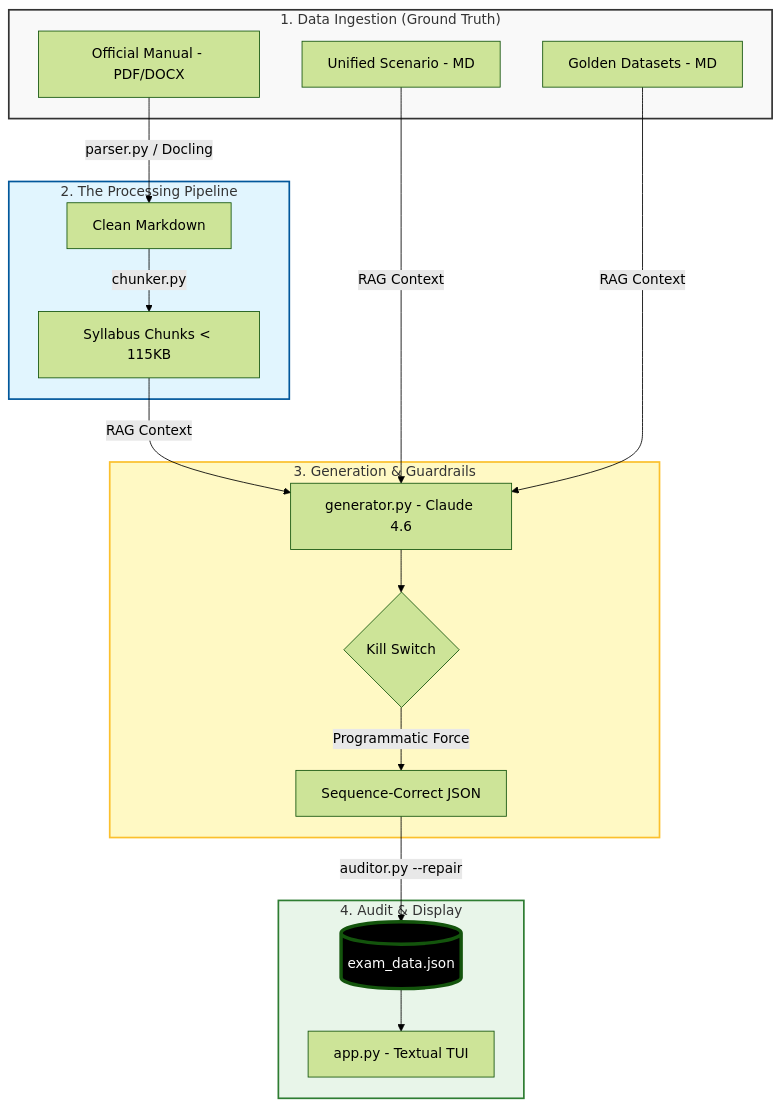
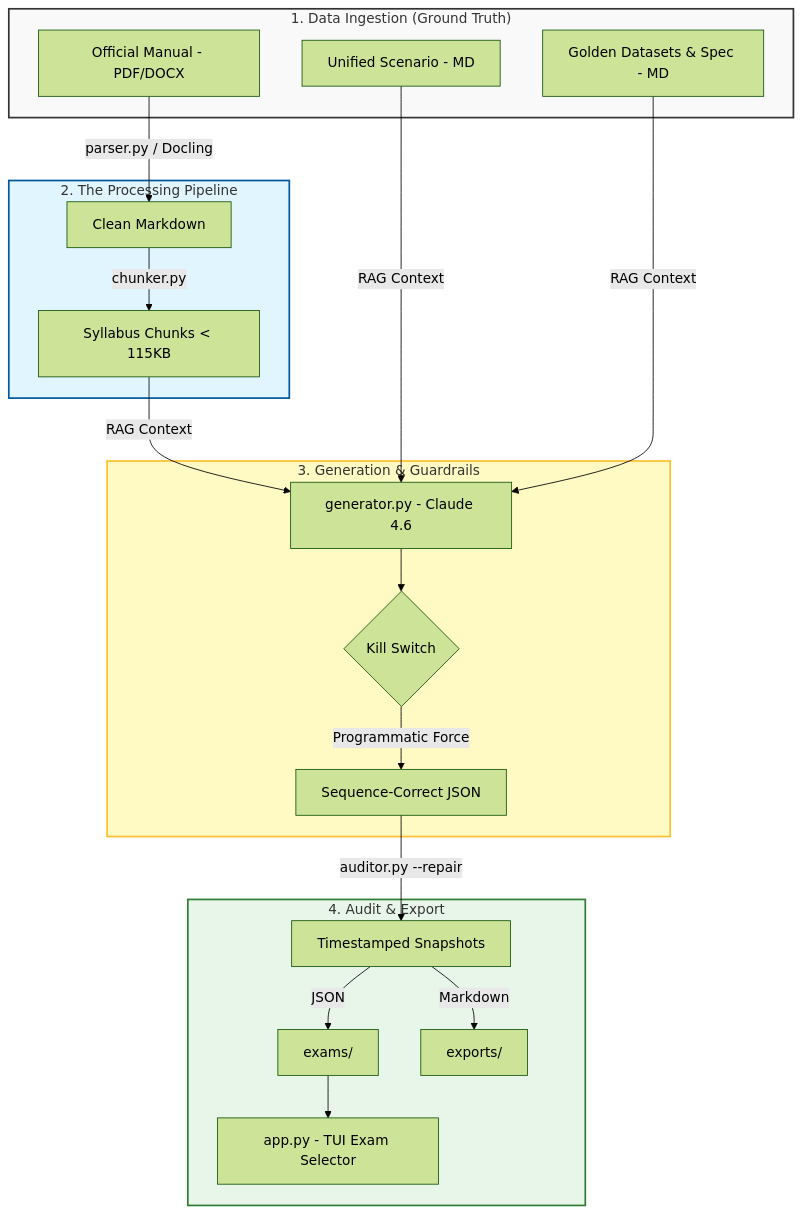
Before and after one commit to manokel01/prince2-generator: the diagram in README.md, drawn with Mermaid (forest theme). The commit also changed other lines of this file, not shown here.

````diff
--- a/README.md
+++ b/README.md
@@ -45,35 +37,36 @@
 ```mermaid
 graph TD
     %% Inputs
     subgraph Inputs ["1. Data Ingestion (Ground Truth)"]
         A[Official Manual - PDF/DOCX]
         B[Unified Scenario - MD]
-        C[Golden Datasets - MD]
+        C[Golden Datasets & Spec - MD]
     end
 
     %% Processing
     subgraph Pipeline ["2. The Processing Pipeline"]
         A -->|parser.py / Docling| D[Clean Markdown]
         D -->|chunker.py| E[Syllabus Chunks < 115KB]
     end
 
     %% Logic Engine
     subgraph Engine ["3. Generation & Guardrails"]
         E & B & C -->|RAG Context| F[generator.py - Claude 4.6]
         F --> G{Kill Switch}
         G -->|Programmatic Force| H[Sequence-Correct JSON]
     end
 
     %% Validation & Output
-    subgraph Validation ["4. Audit & Display"]
-        H -->|auditor.py --repair| I[(exam_data.json)]
-        I --> J[app.py - Textual TUI]
+    subgraph Validation ["4. Audit & Export"]
+        H -->|auditor.py --repair| I[Timestamped Snapshots]
+        I -->|JSON| K[exams/]
+        I -->|Markdown| L[exports/]
+        K --> J[app.py - TUI Exam Selector]
     end
 
     %% Styling
     style Inputs fill:#f9f9f9,stroke:#333,stroke-width:2px
     style Pipeline fill:#e1f5fe,stroke:#01579b,stroke-width:2px
     style Engine fill:#fff9c4,stroke:#fbc02d,stroke-width:2px
     style Validation fill:#e8f5e9,stroke:#2e7d32,stroke-width:2px
-    style I fill:#000,color:#fff,stroke-width:4px
 ```
````
